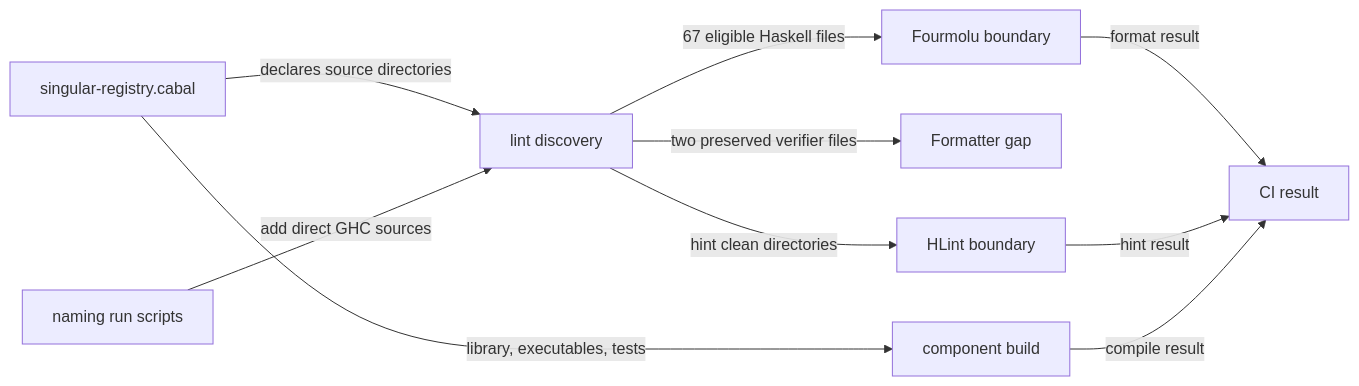
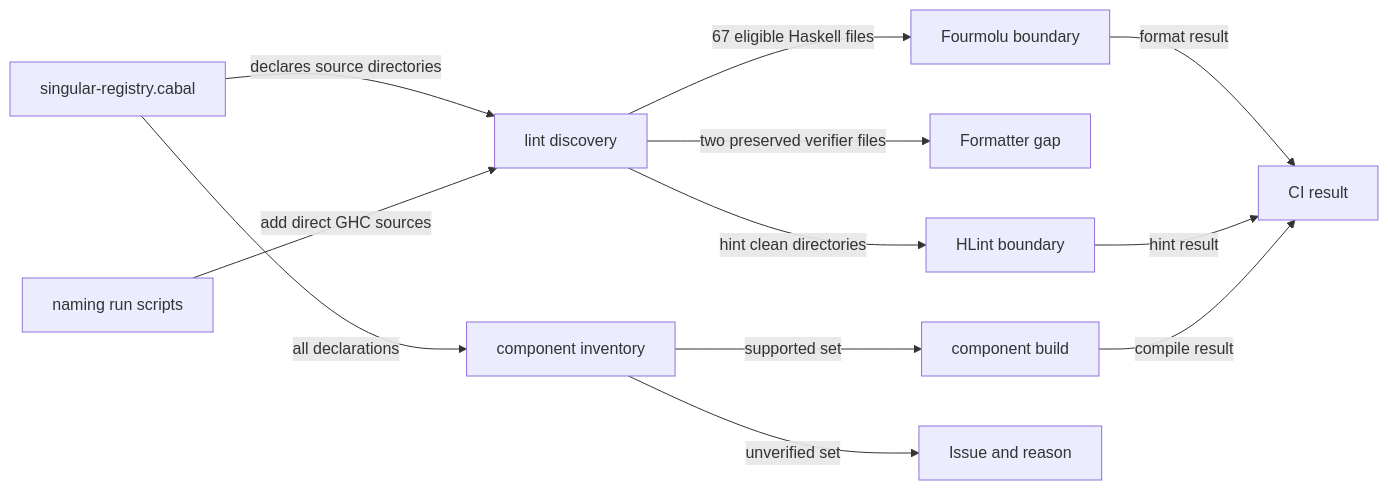
Before and after one commit to lambdasistemi/singular: the diagram in docs/offchain-development.md, drawn with Mermaid. The commit also changed other lines of this file and 5 other files, not shown here.

````diff
--- a/docs/offchain-development.md
+++ b/docs/offchain-development.md
@@ -19,12 +19,14 @@
 ```mermaid
 flowchart LR
     C[singular-registry.cabal] -->|declares source directories| D[lint discovery]
     N[naming run scripts] -->|add direct GHC sources| D
     D -->|67 eligible Haskell files| F[Fourmolu boundary]
     D -->|two preserved verifier files| X[Formatter gap]
     D -->|hint clean directories| H[HLint boundary]
-    C -->|library, executables, tests| B[component build]
+    C -->|all declarations| I[component inventory]
+    I -->|supported set| B[component build]
+    I -->|unverified set| U[Issue and reason]
     F -->|format result| CI[CI result]
     H -->|hint result| CI
     B -->|compile result| CI
 ```
````
